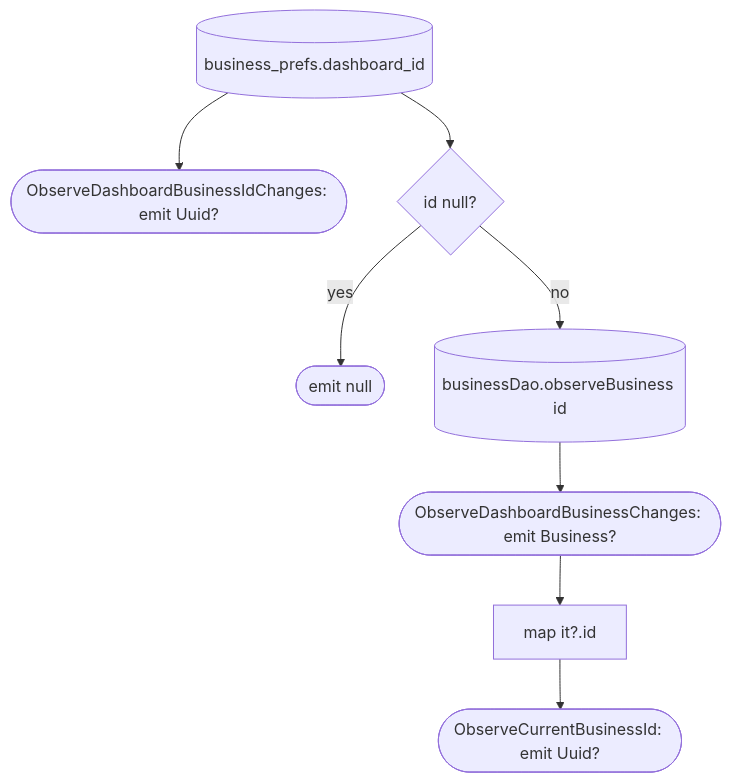
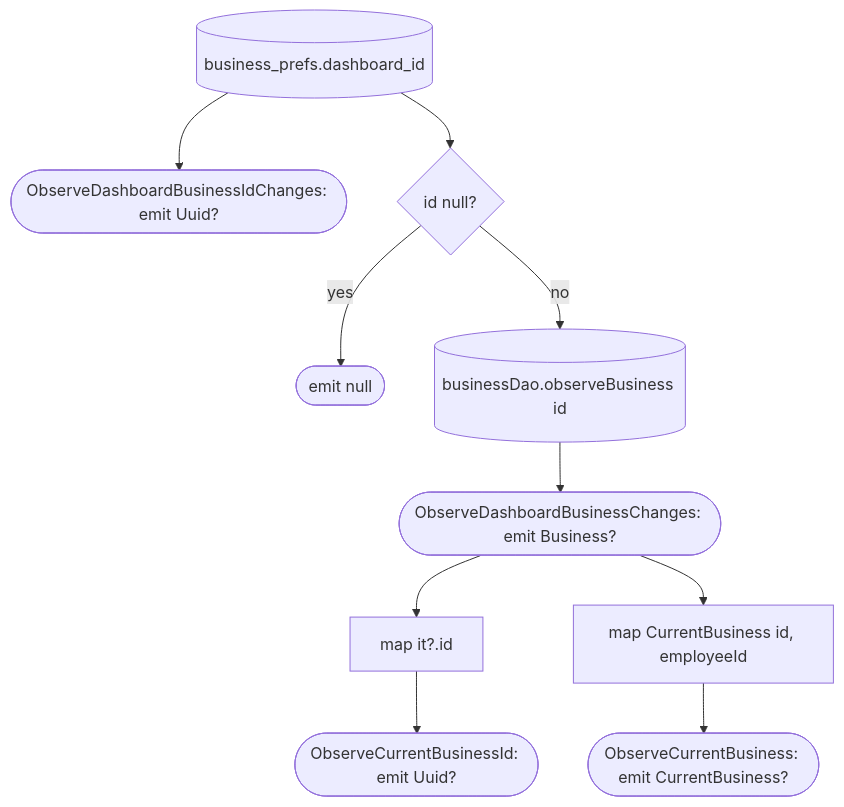
One commit to nocturneproperties/bookkme-client changed the diagram in docs/operations/business/observe-dashboard-business-changes.md. Above: the diagram before and after it, drawn with Mermaid. The commit also changed other lines of this file and 33 other files, not shown here.

````diff
--- a/docs/operations/business/observe-dashboard-business-changes.md
+++ b/docs/operations/business/observe-dashboard-business-changes.md
@@ -19,10 +20,12 @@
 ```mermaid
 flowchart TD
     Id[(business_prefs.dashboard_id)] --> A([ObserveDashboardBusinessIdChanges: emit Uuid?])
     Id --> Flat{id null?}
     Flat -- yes --> NB([emit null])
     Flat -- no --> Row[(businessDao.observeBusiness id)]
     Row --> B([ObserveDashboardBusinessChanges: emit Business?])
     B --> Map[map it?.id]
     Map --> C([ObserveCurrentBusinessId: emit Uuid?])
+    B --> MapEmp[map CurrentBusiness id, employeeId]
+    MapEmp --> D([ObserveCurrentBusiness: emit CurrentBusiness?])
 ```
````
